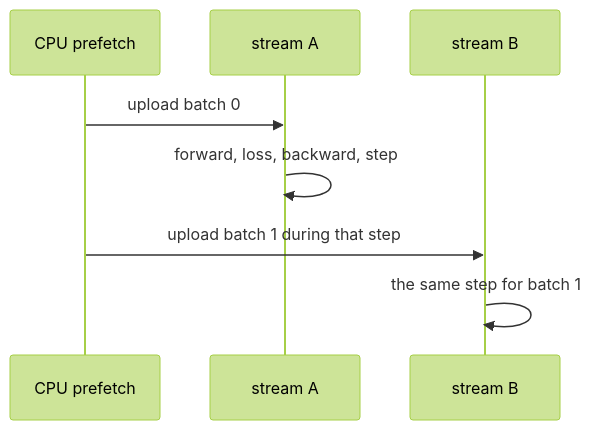
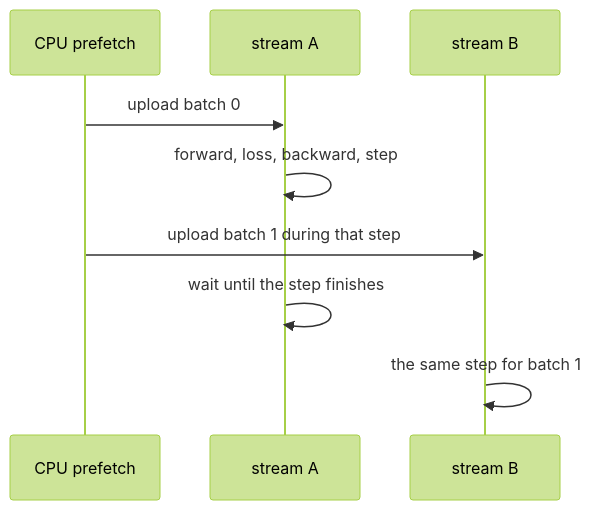
Before and after one commit to Kemo321/Bachelor-Thesis: the second of 2 diagrams in docs/usage/training.md, drawn with Mermaid (forest theme). The commit also changed other lines of this file and 166 other files, not shown here.

````diff
--- a/docs/usage/training.md
+++ b/docs/usage/training.md
@@ -49,11 +51,12 @@
 ```mermaid
 sequenceDiagram
     participant CPU as CPU prefetch
     participant A as stream A
     participant B as stream B
 
     CPU->>A: upload batch 0
     A->>A: forward, loss, backward, step
     CPU->>B: upload batch 1 during that step
+    A->>A: wait until the step finishes
     B->>B: the same step for batch 1
 ```
````
